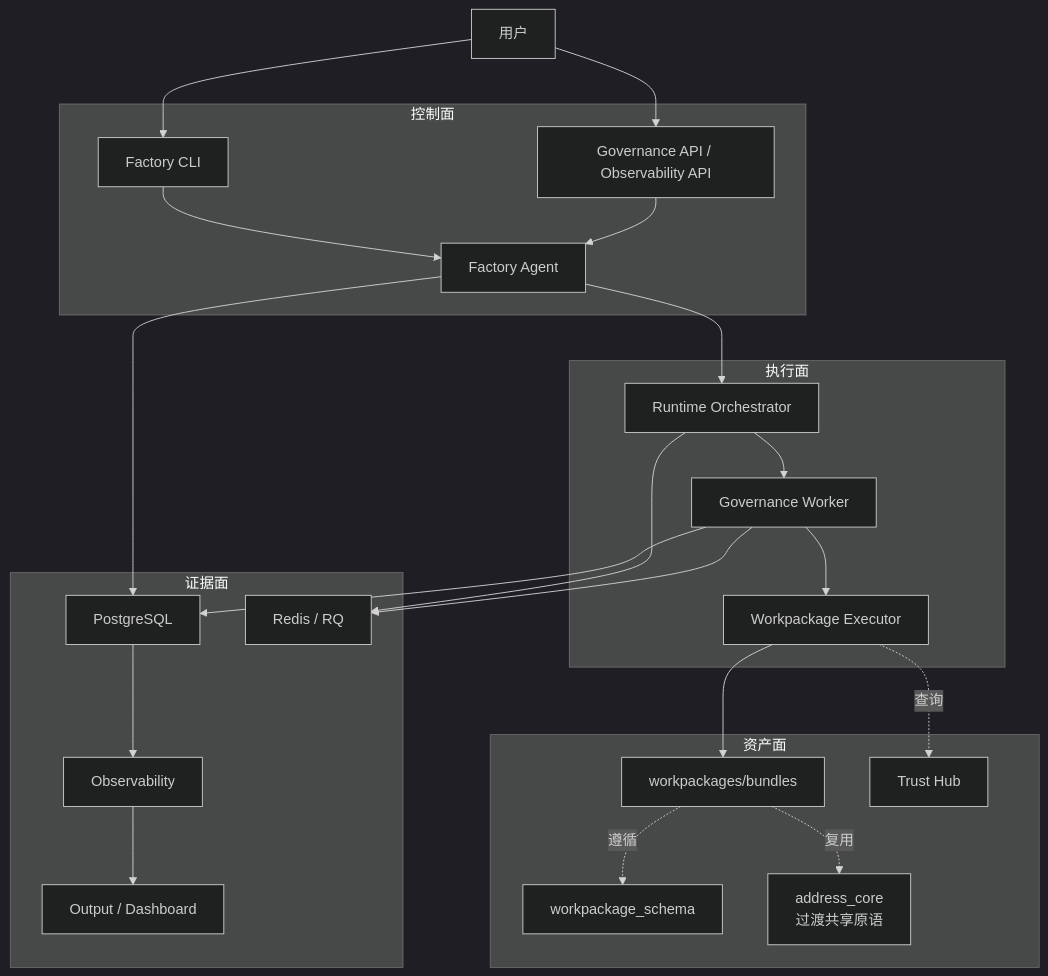
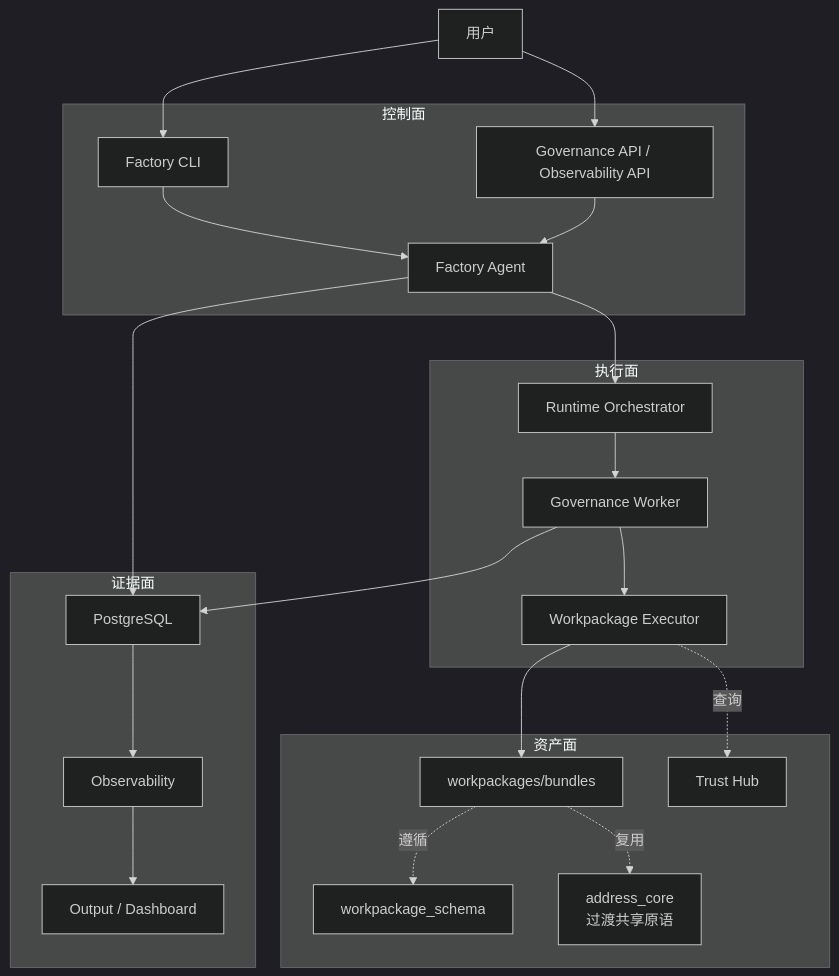
Before and after one commit to dony-hu/spatial-intelligence-data-factory: the diagram in docs/02_总体架构/系统总体架构图.md, drawn with Mermaid (dark theme). The commit also changed other lines of this file and 15 other files, not shown here.

````diff
--- a/docs/02_总体架构/系统总体架构图.md
+++ b/docs/02_总体架构/系统总体架构图.md
@@ -20,46 +20,43 @@
 ```mermaid
 flowchart TB
   subgraph CP["控制面"]
     CLI["Factory CLI"]
     API["Governance API / Observability API"]
     AGENT["Factory Agent"]
   end
 
   subgraph EP["执行面"]
     ORCH["Runtime Orchestrator"]
     WORKER["Governance Worker"]
     EXEC["Workpackage Executor"]
   end
 
   subgraph AP["资产面"]
     SCHEMA["workpackage_schema"]
     BUNDLE["workpackages/bundles"]
     TRUST["Trust Hub"]
     CORE["address_core\n过渡共享原语"]
   end
 
   subgraph XP["证据面"]
     PG["PostgreSQL"]
-    REDIS["Redis / RQ"]
     OBS["Observability"]
     OUT["Output / Dashboard"]
   end
 
   USER["用户"] --> CLI
   USER --> API
   CLI --> AGENT
   API --> AGENT
   AGENT --> ORCH
   ORCH --> WORKER
   WORKER --> EXEC
   EXEC --> BUNDLE
   BUNDLE -. 遵循 .-> SCHEMA
   EXEC -. 查询 .-> TRUST
   BUNDLE -. 复用 .-> CORE
   AGENT --> PG
   WORKER --> PG
-  ORCH --> REDIS
-  WORKER --> REDIS
   PG --> OBS
   OBS --> OUT
 ```
````
